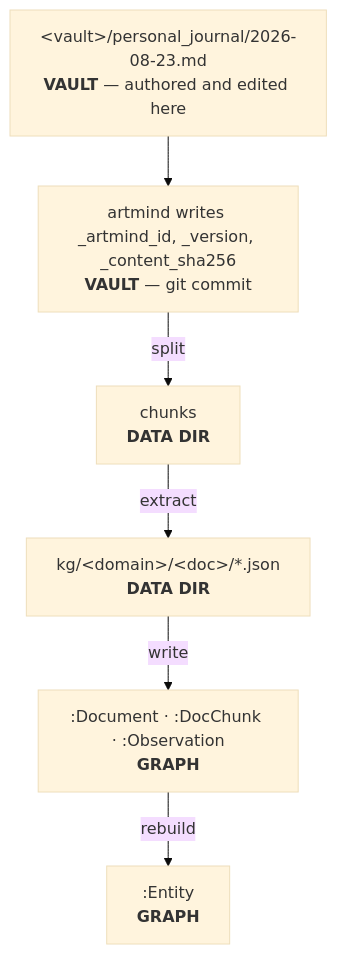
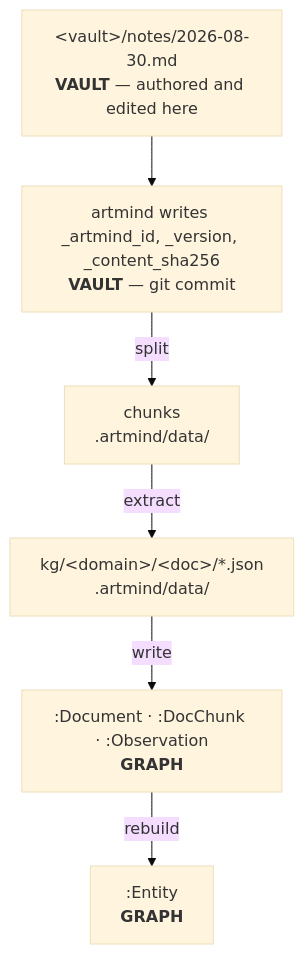
Before and after one commit to neurongraph/artmind9: the second of 3 diagrams in docs/stores-and-repos.md, drawn with Mermaid (base theme). The commit also changed other lines of this file and 2 other files, not shown here.

````diff
--- a/docs/stores-and-repos.md
+++ b/docs/stores-and-repos.md
@@ -111,11 +132,11 @@
 ```mermaid
 flowchart TD
-    V["&lt;vault&gt;/personal_journal/2026-08-23.md<br/><b>VAULT</b> — authored and edited here"]
+    V["&lt;vault&gt;/notes/2026-08-30.md<br/><b>VAULT</b> — authored and edited here"]
     FM["artmind writes _artmind_id, _version, _content_sha256<br/><b>VAULT</b> — git commit"]
-    CH["chunks<br/><b>DATA DIR</b>"]
-    KG["kg/&lt;domain&gt;/&lt;doc&gt;/*.json<br/><b>DATA DIR</b>"]
+    CH["chunks<br/>.artmind/data/"]
+    KG["kg/&lt;domain&gt;/&lt;doc&gt;/*.json<br/>.artmind/data/"]
     G[":Document · :DocChunk · :Observation<br/><b>GRAPH</b>"]
     P[":Entity<br/><b>GRAPH</b>"]
 
     V --> FM -->|split| CH -->|extract| KG -->|write| G -->|rebuild| P
 ```
````
